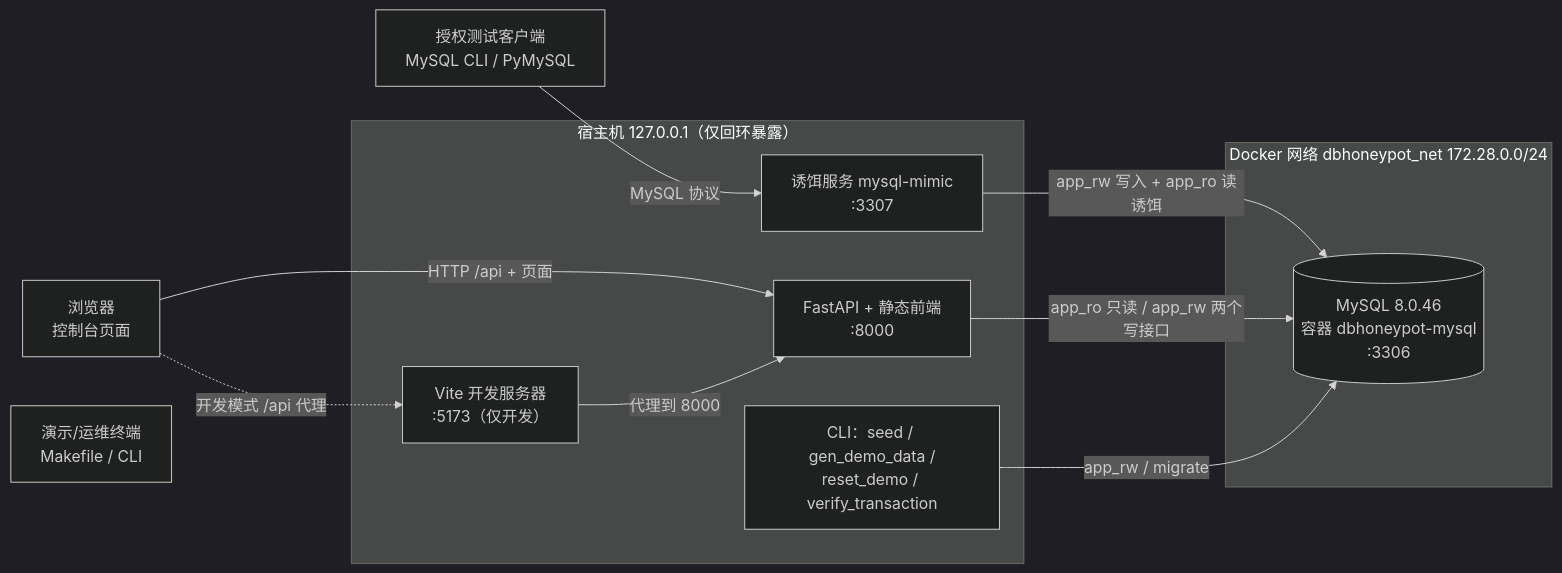
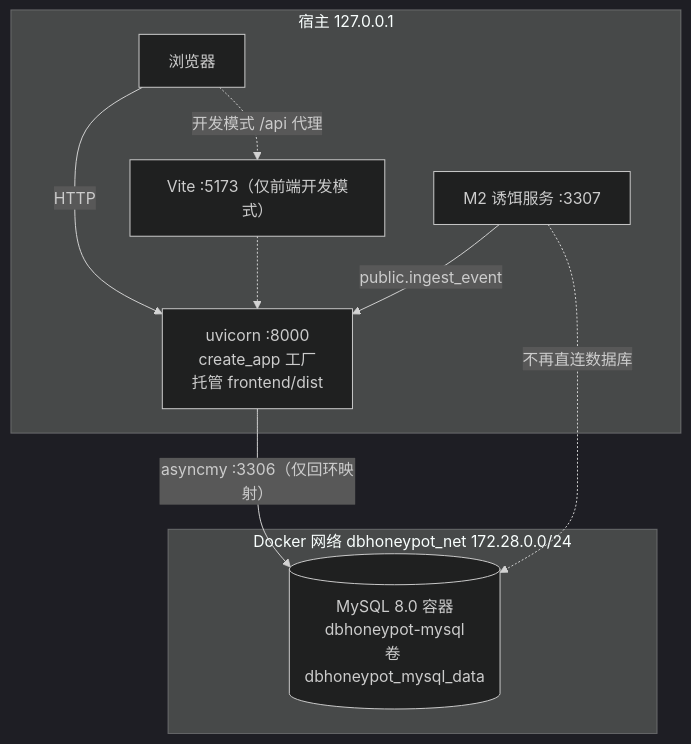
Before and after one commit to LuvW-Q/db-honeypot: the third of 3 diagrams in docs/architecture.md, drawn with Mermaid (dark theme). The commit also changed other lines of this file and 18 other files, not shown here.

First line of the commit message:
docs: 同步五模块架构、部署、测试计划与双主题截图

````diff
--- a/docs/architecture.md
+++ b/docs/architecture.md
@@ -219,25 +228,18 @@
 ```mermaid
-flowchart LR
-    Browser["浏览器<br/>控制台页面"]
-    TestClient["授权测试客户端<br/>MySQL CLI / PyMySQL"]
-    Operator["演示/运维终端<br/>Makefile / CLI"]
-
-    subgraph Host["宿主机 127.0.0.1（仅回环暴露）"]
-        API["FastAPI + 静态前端<br/>:8000"]
-        HP["诱饵服务 mysql-mimic<br/>:3307"]
-        Vite["Vite 开发服务器<br/>:5173（仅开发）"]
-        CLI["CLI：seed / gen_demo_data /<br/>reset_demo / verify_transaction"]
+flowchart TB
+    subgraph HOST["宿主 127.0.0.1"]
+        B["浏览器"]
+        U["uvicorn :8000<br/>create_app 工厂<br/>托管 frontend/dist"]
+        D["M2 诱饵服务 :3307"]
+        V["Vite :5173（仅前端开发模式）"]
     end
-
-    subgraph DockerNet["Docker 网络 dbhoneypot_net 172.28.0.0/24"]
-        DB[("MySQL 8.0.46<br/>容器 dbhoneypot-mysql<br/>:3306")]
+    subgraph DOCKER["Docker 网络 dbhoneypot_net 172.28.0.0/24"]
+        MY[("MySQL 8.0 容器<br/>dbhoneypot-mysql<br/>卷 dbhoneypot_mysql_data")]
     end
-
-    Browser -->|"HTTP /api + 页面"| API
-    Browser -.->|"开发模式 /api 代理"| Vite
-    Vite -->|"代理到 8000"| API
-    TestClient -->|"MySQL 协议"| HP
-    HP -->|"app_rw 写入 + app_ro 读诱饵"| DB
-    API -->|"app_ro 只读 / app_rw 两个写接口"| DB
-    CLI -->|"app_rw / migrate"| DB
+    B -->|"HTTP"| U
+    B -.->|"开发模式 /api 代理"| V
+    V -.-> U
+    U -->|"asyncmy :3306（仅回环映射）"| MY
+    D -->|"public.ingest_event"| U
+    D -.->|"不再直连数据库"| MY
 ```
````
